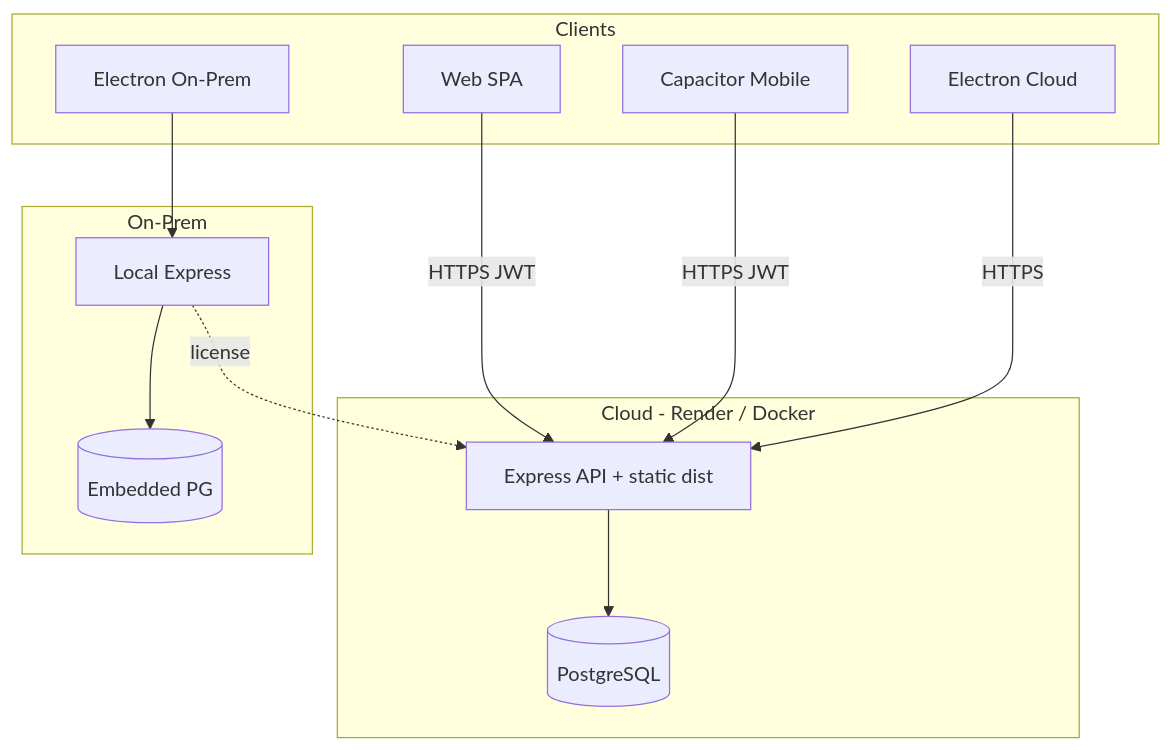
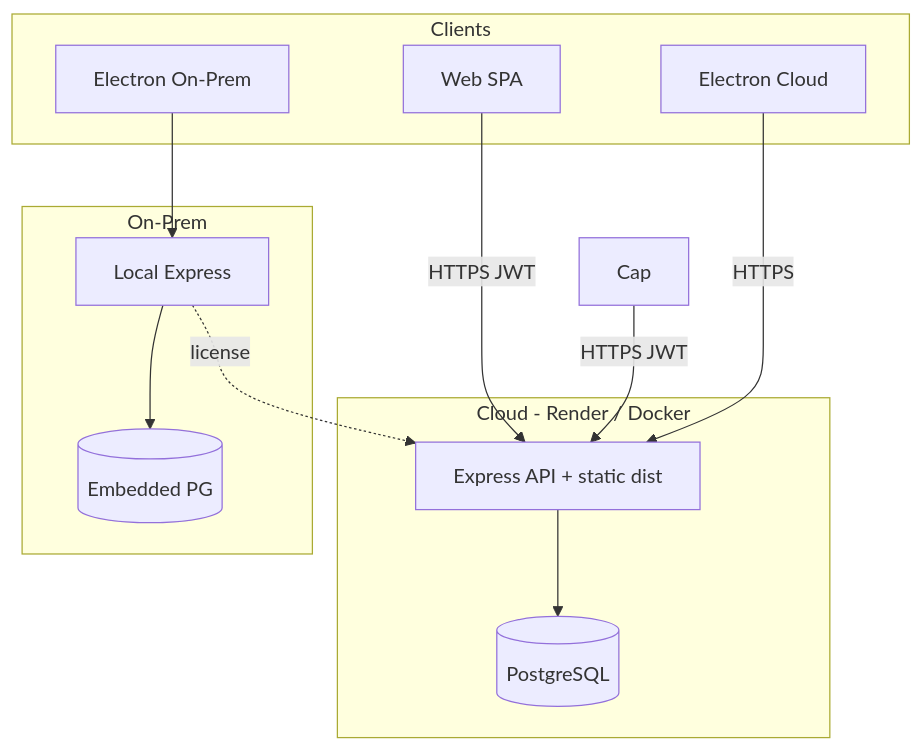
The first of 2 diagrams in docs/architecture.md (prathame/DG-ERP), drawn with Mermaid before and after one commit. The commit also changed other lines of this file and 65 other files, not shown here.

````diff
--- a/docs/architecture.md
+++ b/docs/architecture.md
@@ -43,27 +42,26 @@
 ```mermaid
 flowchart TB
   subgraph clients [Clients]
     Web[Web SPA]
-    Cap[Capacitor Mobile]
     ElecC[Electron Cloud]
     ElecO[Electron On-Prem]
   end
 
   subgraph cloud [Cloud - Render / Docker]
     Express[Express API + static dist]
     PG[(PostgreSQL)]
     Express --> PG
   end
 
   Web -->|HTTPS JWT| Express
   Cap -->|HTTPS JWT| Express
   ElecC -->|HTTPS| Express
 
   subgraph onprem [On-Prem]
     LocalAPI[Local Express]
     EmbPG[(Embedded PG)]
     LocalAPI --> EmbPG
     ElecO --> LocalAPI
     LocalAPI -.->|license| Express
   end
 ```
````
